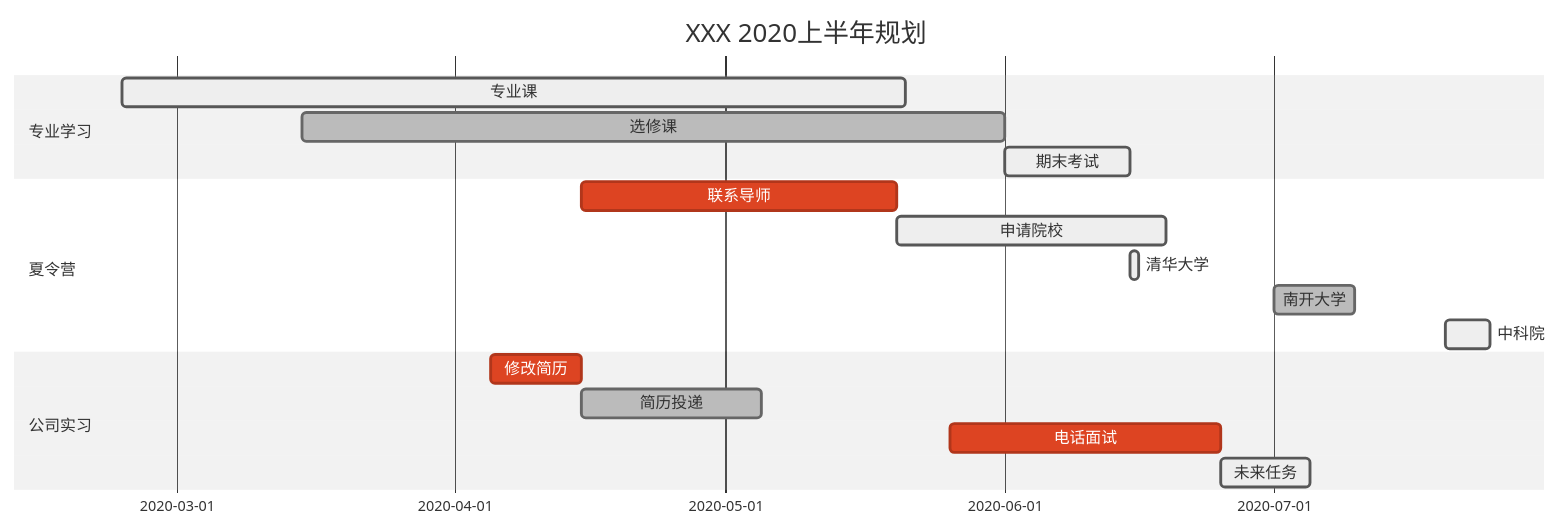
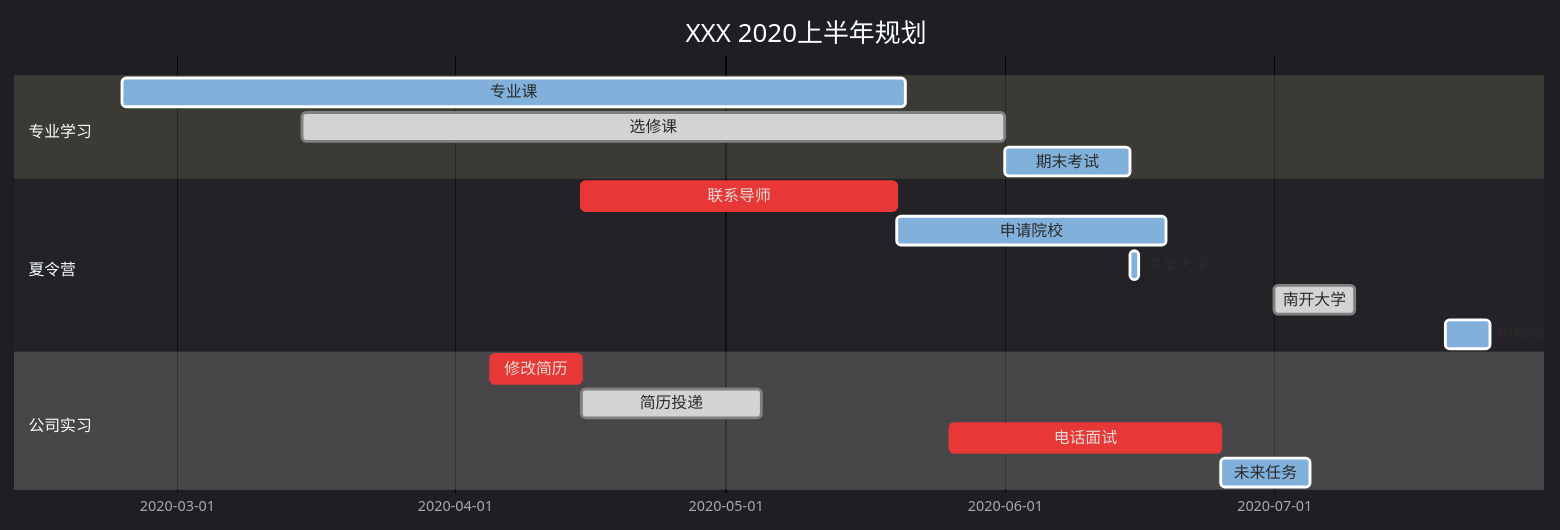
The second of 2 diagrams in README.md (aaron-ai/mermaidtest), drawn with Mermaid before and after one commit.

````diff
--- a/README.md
+++ b/README.md
@@ -12,24 +12,24 @@
 ```mermaid
-%%{init: {'theme': 'neutral' } }%%
+%%{init: {'theme': 'dark' } }%%
 gantt
 	dateFormat YYYY-MM-DD
 	title XXX 2020上半年规划
 	
 	section	专业学习
 		专业课	: active, name1, 2020-02-24, 2020-05-21
 		选修课 : done, name2, 2020-03-15, 2020-06-01
 		期末考试 : active, name3, after name2, 14d
 		
 	section 夏令营
 		联系导师 : crit, name11, 2020-04-15, 2020-05-20
 		申请院校 : active, name22, after name11, 30d
 		清华大学 : active, name33, after name3, 1d
 		南开大学 : done, name44, 2020-07-01, 2020-07-10
 		中科院 : active, name55, 2020-07-20, 5d
 		
 	section 公司实习
     	修改简历 : crit, name111, 2020-04-05, 10d
     	简历投递 : done, name222, after name111, 20d
     	电话面试 : crit, name333, 2020-05-26, 30d
     	未来任务 : active, after name333, 10d
 ```
````
